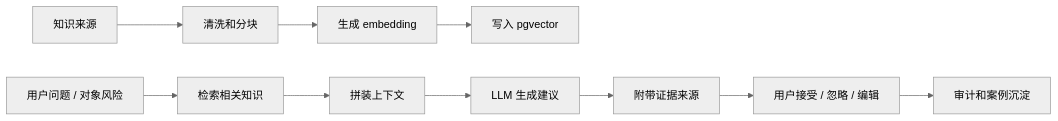
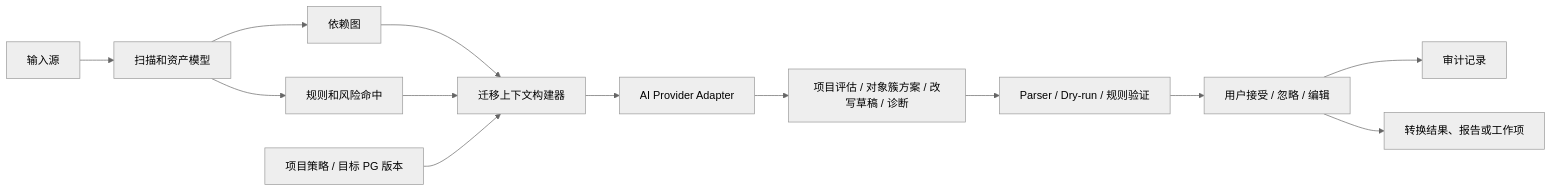
One commit to sainm/SchemaPilot changed the seventh of 11 diagrams in docs/design.md. Above: the diagram before and after it, drawn with Mermaid (neutral theme). The commit also changed other lines of this file and 489 other files, not shown here.

Commit message:
Implement modular SchemaPilot MVP

````diff
--- a/docs/design.md
+++ b/docs/design.md
@@ -784,12 +964,15 @@
 ```mermaid
 flowchart LR
-  A["知识来源"] --> B["清洗和分块"]
-  B --> C["生成 embedding"]
-  C --> D["写入 pgvector"]
-  E["用户问题 / 对象风险"] --> F["检索相关知识"]
-  F --> G["拼装上下文"]
-  G --> H["LLM 生成建议"]
-  H --> I["附带证据来源"]
+  A["输入源"] --> B["扫描和资产模型"]
+  B --> C["依赖图"]
+  B --> D["规则和风险命中"]
+  C --> E["迁移上下文构建器"]
+  D --> E
+  F["项目策略 / 目标 PG 版本"] --> E
+  E --> G["AI Provider Adapter"]
+  G --> H["项目评估 / 对象簇方案 / 改写草稿 / 诊断"]
+  H --> I["Parser / Dry-run / 规则验证"]
   I --> J["用户接受 / 忽略 / 编辑"]
-  J --> K["审计和案例沉淀"]
+  J --> K["审计记录"]
+  J --> L["转换结果、报告或工作项"]
 ```
````
